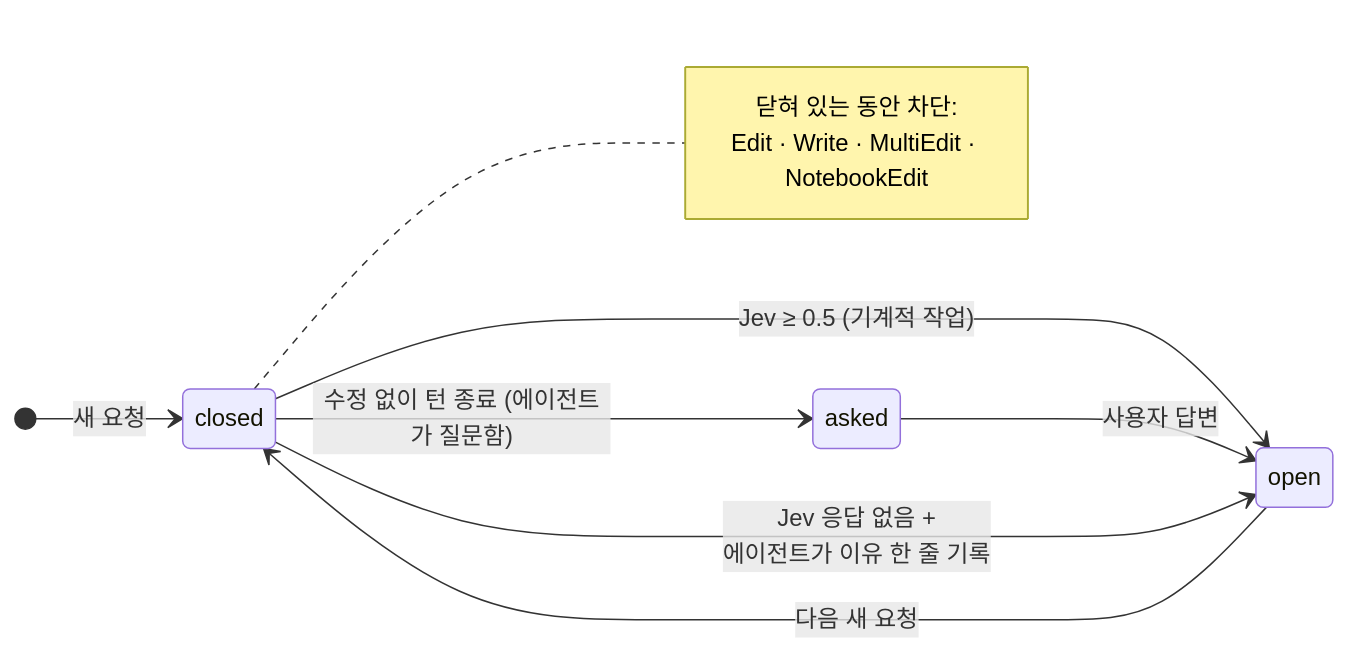
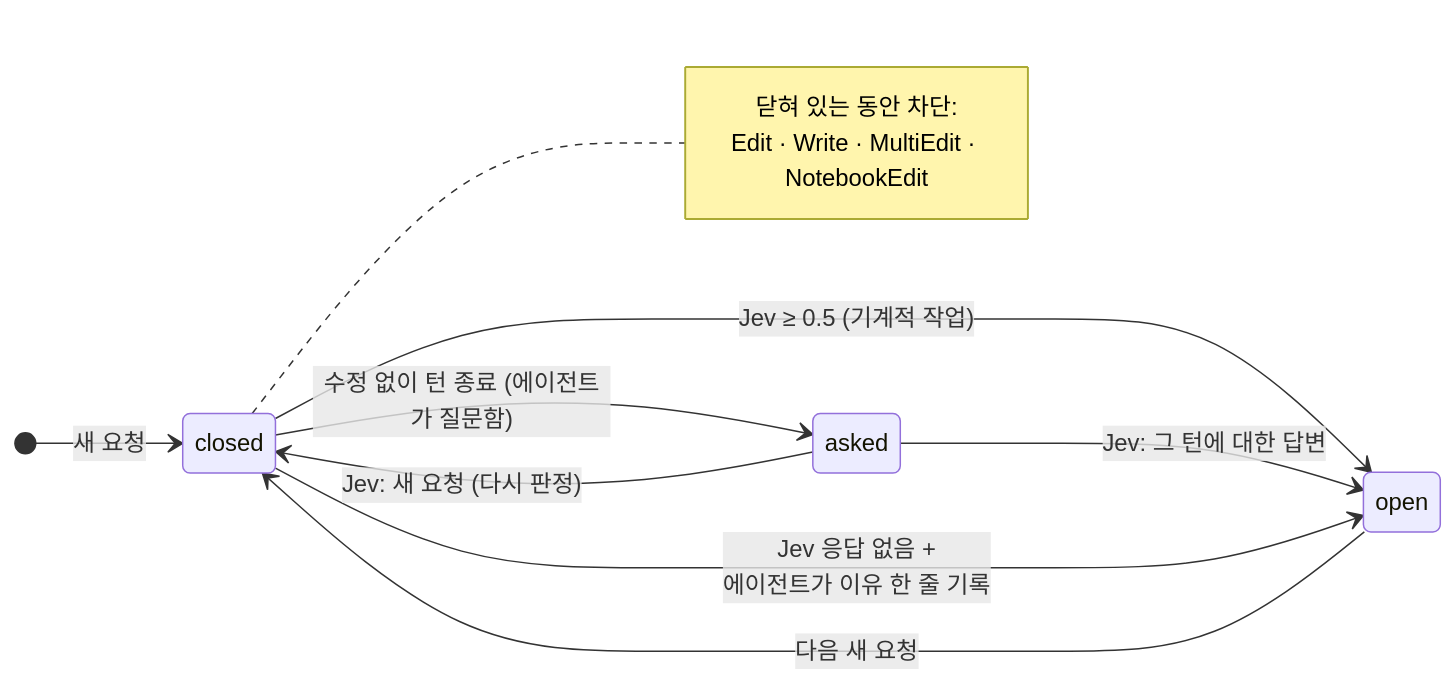
One commit to beyondworks/lean-forge changed the second of 3 diagrams in README.ko.md. Above: the diagram before and after it, drawn with Mermaid. The commit also changed 4 other files, not shown here.

````diff
--- a/README.ko.md
+++ b/README.ko.md
@@ -60,14 +60,15 @@
 ```mermaid
 stateDiagram-v2
     direction LR
     [*] --> closed: 새 요청
     closed --> open: Jev ≥ 0.5 (기계적 작업)
     closed --> asked: 수정 없이 턴 종료 (에이전트가 질문함)
-    asked --> open: 사용자 답변
+    asked --> open: Jev: 그 턴에 대한 답변
+    asked --> closed: Jev: 새 요청 (다시 판정)
     open --> closed: 다음 새 요청
     closed --> open: Jev 응답 없음 +<br/>에이전트가 이유 한 줄 기록
     note right of closed
         닫혀 있는 동안 차단:
         Edit · Write · MultiEdit · NotebookEdit
     end note
 ```
````
